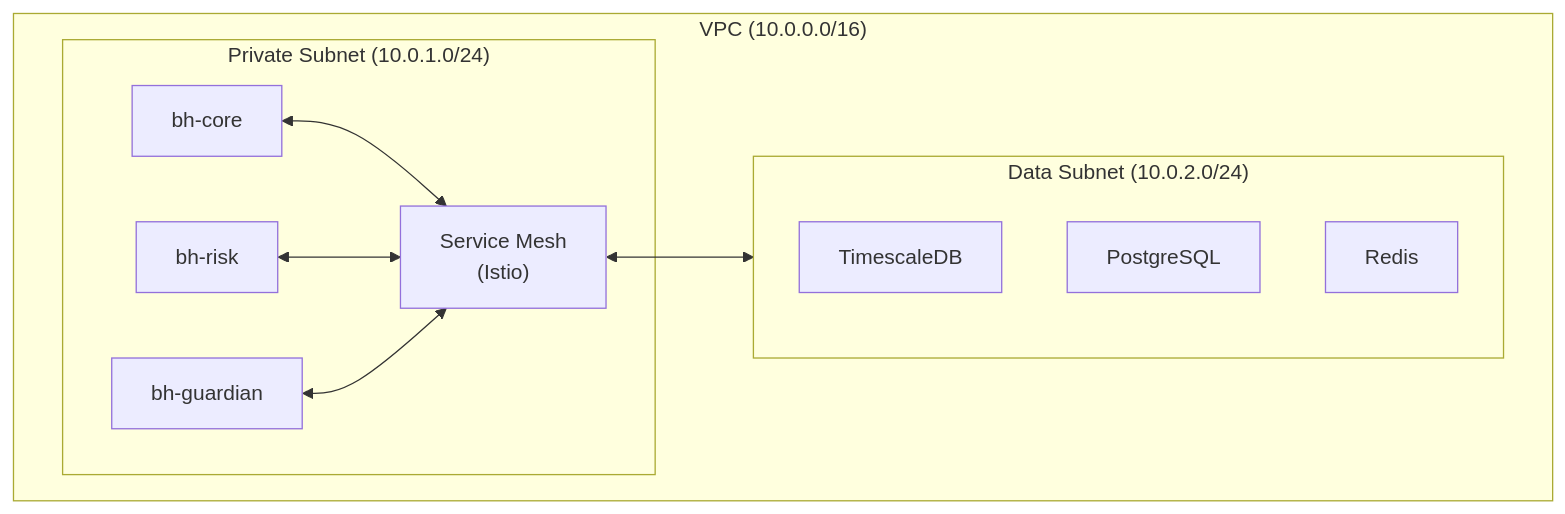
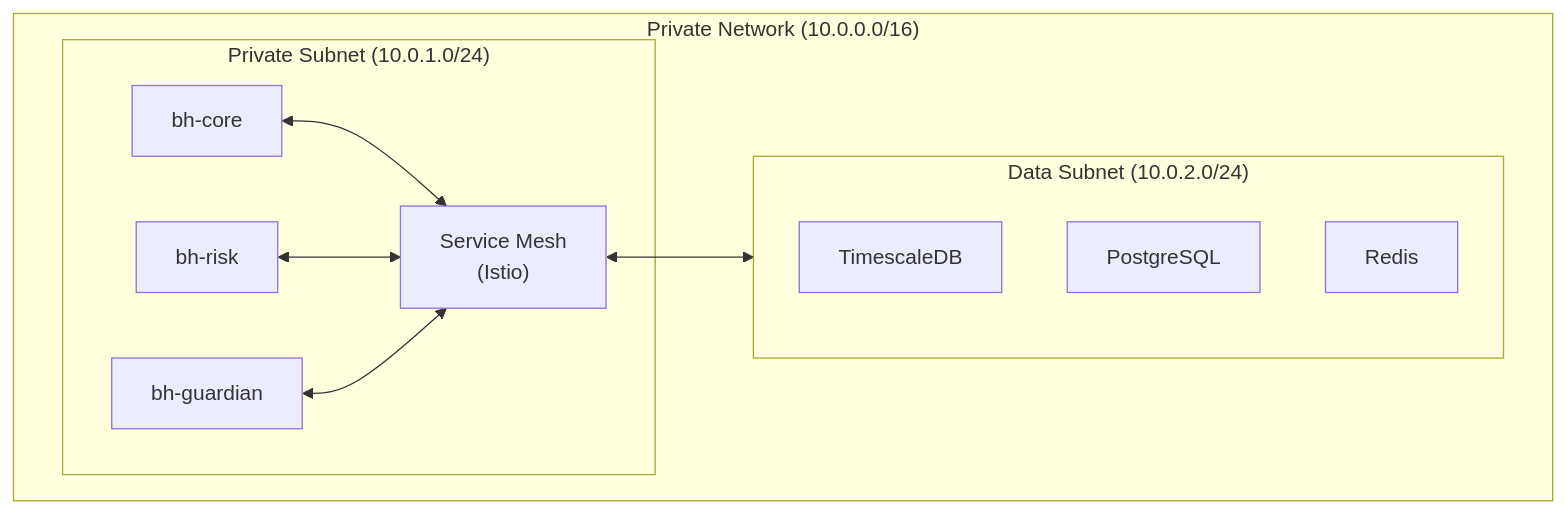
Before and after one commit to blackholefund/external_docs: the fifth of 7 diagrams in docs/architecture/overview.md, drawn with Mermaid. The commit also changed other lines of this file and 14 other files, not shown here.

Commit message:
Hide provider names and fix mermaid identifiers

````diff
--- a/docs/architecture/overview.md
+++ b/docs/architecture/overview.md
@@ -208,22 +206,22 @@
 ```mermaid
 flowchart TB
-    subgraph VPC["VPC (10.0.0.0/16)"]
+    subgraph VPC["Private Network (10.0.0.0/16)"]
         subgraph Private["Private Subnet (10.0.1.0/24)"]
             Core["bh-core"]
             Risk["bh-risk"]
             Guard["bh-guardian"]
             Mesh["Service Mesh\n(Istio)"]
         end
 
         subgraph Data["Data Subnet (10.0.2.0/24)"]
             TS["TimescaleDB"]
             PG["PostgreSQL"]
             Redis["Redis"]
         end
 
         Core <--> Mesh
         Risk <--> Mesh
         Guard <--> Mesh
         Mesh <--> Data
     end
 ```
````
